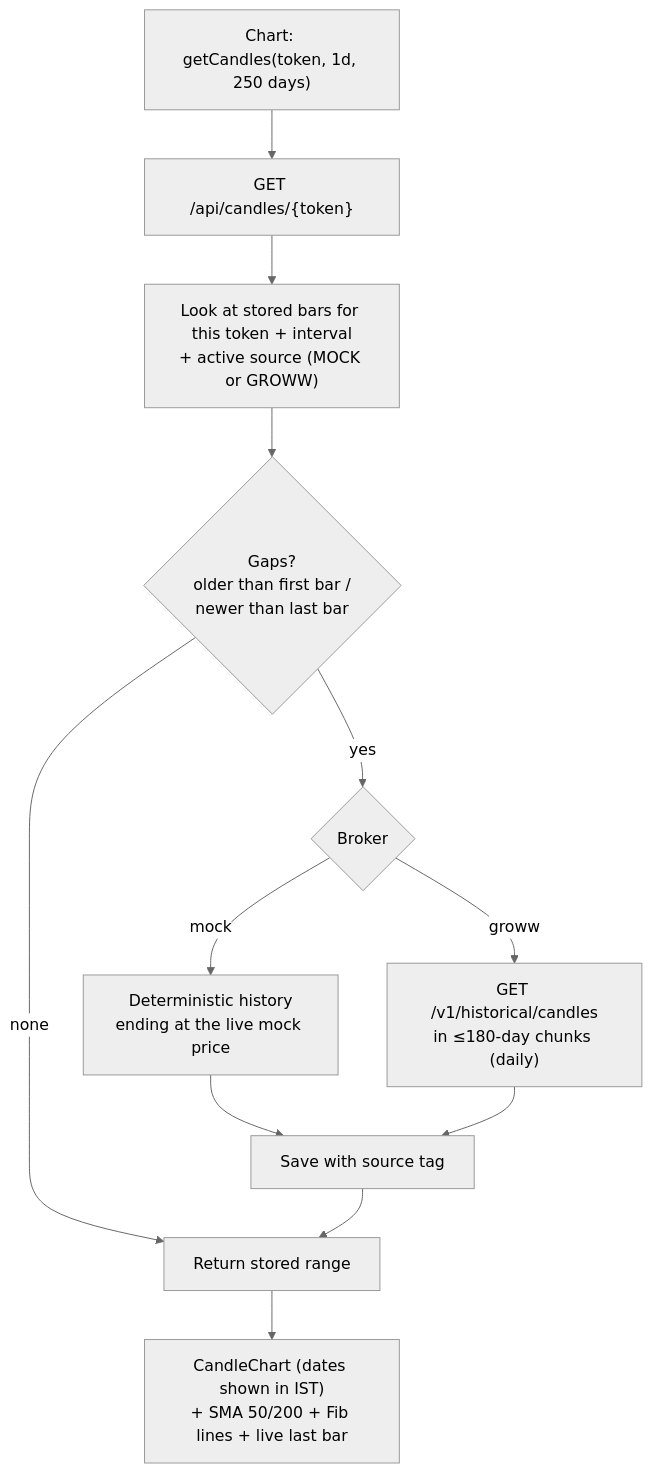
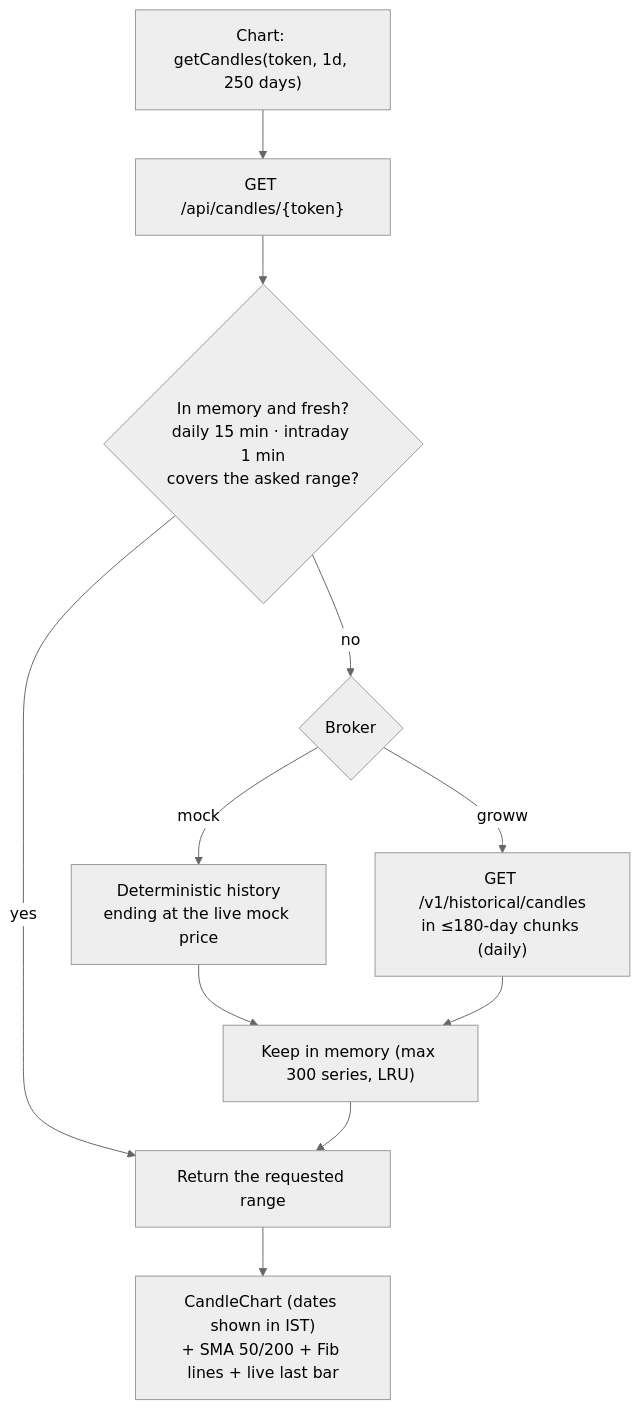
One commit to letscodeshivansh/EaseTrading changed the fourth of 15 diagrams in docs/PROJECT_FLOW.md. Above: the diagram before and after it, drawn with Mermaid (neutral theme). The commit also changed other lines of this file and 1 other file, not shown here.

````diff
--- a/docs/PROJECT_FLOW.md
+++ b/docs/PROJECT_FLOW.md
@@ -260,14 +234,13 @@
 ```mermaid
 flowchart TD
     B["Chart: getCandles(token, 1d, 250 days)"] --> C["GET /api/candles/{token}"]
-    C --> S["Look at stored bars for this token + interval<br/>+ active source (MOCK or GROWW)"]
-    S --> G{"Gaps?<br/>older than first bar /<br/>newer than last bar"}
-    G -- "none" --> R["Return stored range"]
-    G -- "yes" --> BR{"Broker"}
+    C --> S{"In memory and fresh?<br/>daily 15 min · intraday 1 min<br/>covers the asked range?"}
+    S -- "yes" --> R["Return the requested range"]
+    S -- "no" --> BR{"Broker"}
     BR -- mock --> SY["Deterministic history<br/>ending at the live mock price"]
     BR -- groww --> GW["GET /v1/historical/candles<br/>in ≤180-day chunks (daily)"]
-    SY --> SV["Save with source tag"]
+    SY --> SV["Keep in memory (max 300 series, LRU)"]
     GW --> SV
     SV --> R
     R --> CH["CandleChart (dates shown in IST)<br/>+ SMA 50/200 + Fib lines + live last bar"]
 ```
````
